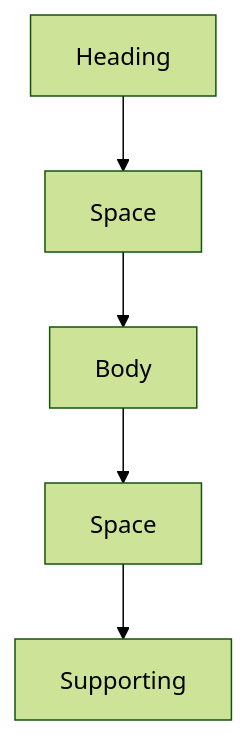
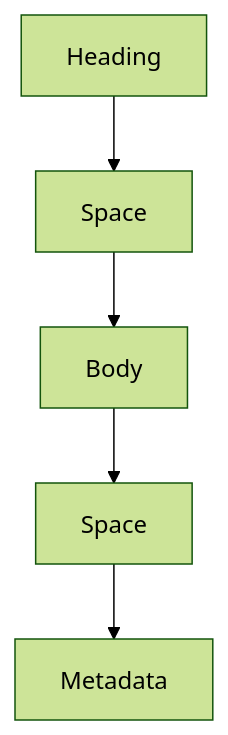
Before and after one commit to mosaic-media/mosaic-architecture: the fourth of 6 diagrams in docs/design/system/mds-004-typography-system/04-reading-rhythm.md, drawn with Mermaid (forest theme). The commit also changed other lines of this file and 13 other files, not shown here.

````diff
--- a/docs/design/system/mds-004-typography-system/04-reading-rhythm.md
+++ b/docs/design/system/mds-004-typography-system/04-reading-rhythm.md
@@ -212,14 +212,14 @@
 ```mermaid
 flowchart TD
 
 N1["Heading"]
 N2["Space"]
 N3["Body"]
 N4["Space"]
-N5["Supporting"]
+N5["Metadata"]
 
 N1 --> N2
 N2 --> N3
 N3 --> N4
 N4 --> N5
 ```
````
